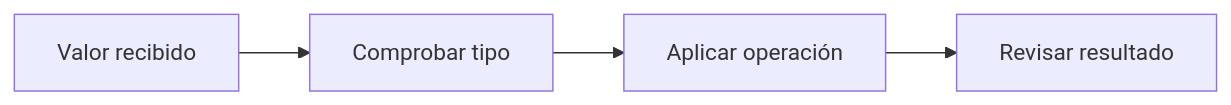
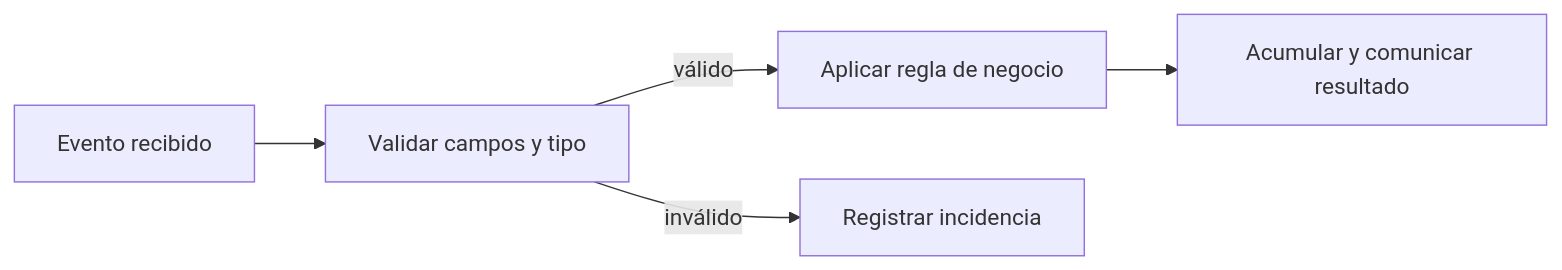
Before and after one commit to Ayhur/CursoAnalista: the ninth of 39 diagrams in dist/markdown/temario-completo.md, drawn with Mermaid. The commit also changed other lines of this file and 11 other files, not shown here.

````diff
--- a/dist/markdown/temario-completo.md
+++ b/dist/markdown/temario-completo.md
@@ -630,6 +592,7 @@
 ```mermaid
 flowchart LR
-  A[Valor recibido] --> B[Comprobar tipo]
-  B --> C[Aplicar operación]
-  C --> D[Revisar resultado]
+  A[Evento recibido] --> B[Validar campos y tipo]
+  B -->|válido| C[Aplicar regla de negocio]
+  B -->|inválido| D[Registrar incidencia]
+  C --> E[Acumular y comunicar resultado]
 ```
````
